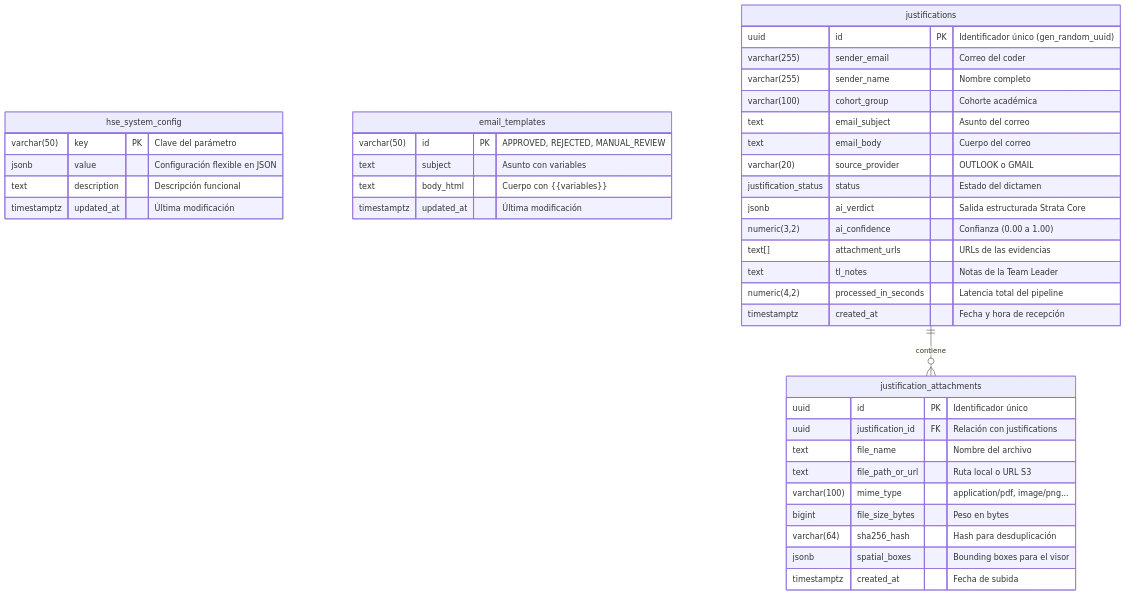
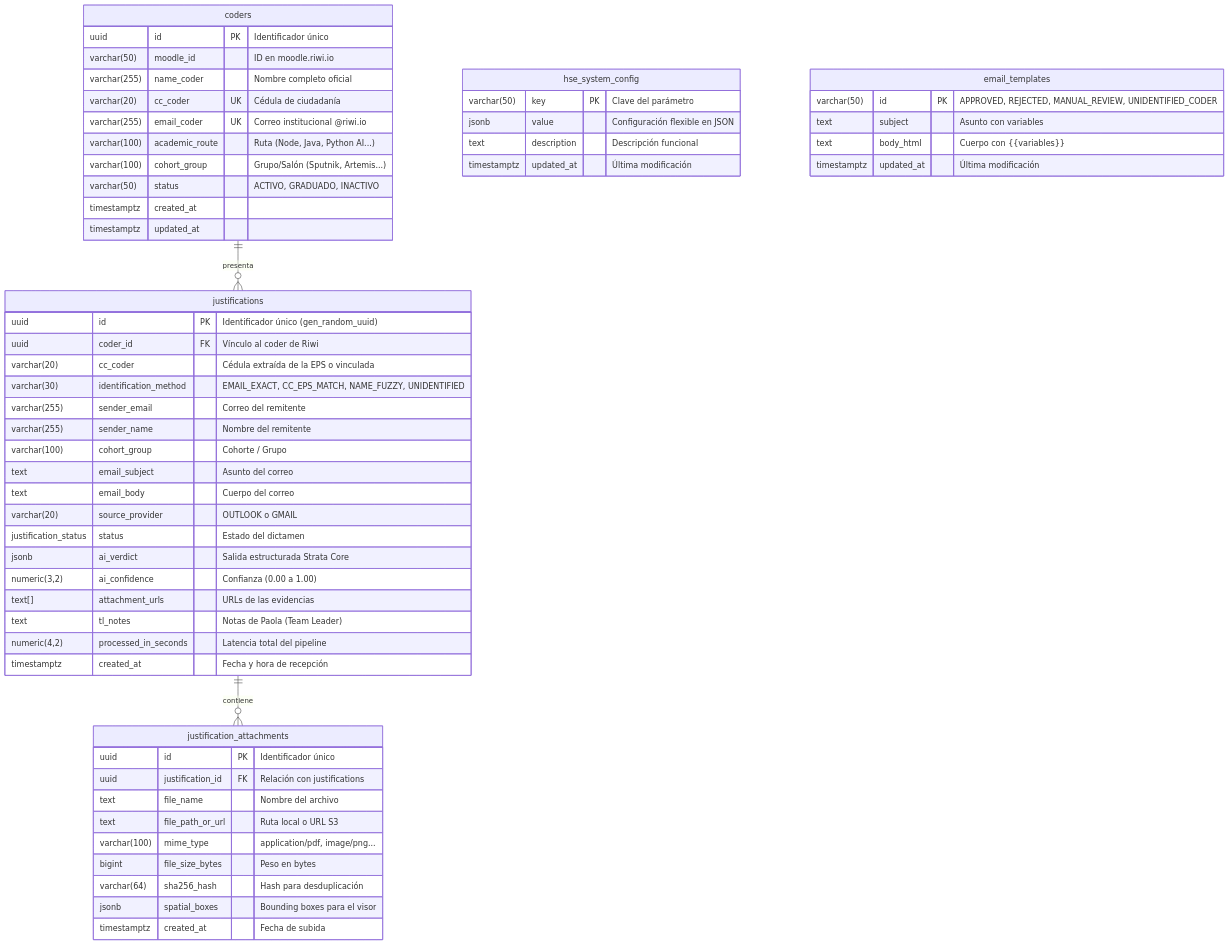
Before and after one commit to estebanp26/Email-Automation: the diagram in database/README.md, drawn with Mermaid. The commit also changed other lines of this file and 2 other files, not shown here.

First line of the commit message:
feat(db): add Riwi coders directory, cc_coder and multi-attribute identity resolution

````diff
--- a/database/README.md
+++ b/database/README.md
@@ -11,47 +12,64 @@
 ```mermaid
 erDiagram
+    coders {
+        uuid id PK "Identificador único"
+        varchar(50) moodle_id "ID en moodle.riwi.io"
+        varchar(255) name_coder "Nombre completo oficial"
+        varchar(20) cc_coder UK "Cédula de ciudadanía"
+        varchar(255) email_coder UK "Correo institucional @riwi.io"
+        varchar(100) academic_route "Ruta (Node, Java, Python AI...)"
+        varchar(100) cohort_group "Grupo/Salón (Sputnik, Artemis...)"
+        varchar(50) status "ACTIVO, GRADUADO, INACTIVO"
+        timestamptz created_at
+        timestamptz updated_at
+    }
+
     hse_system_config {
         varchar(50) key PK "Clave del parámetro"
         jsonb value "Configuración flexible en JSON"
         text description "Descripción funcional"
         timestamptz updated_at "Última modificación"
     }
 
     email_templates {
-        varchar(50) id PK "APPROVED, REJECTED, MANUAL_REVIEW"
+        varchar(50) id PK "APPROVED, REJECTED, MANUAL_REVIEW, UNIDENTIFIED_CODER"
         text subject "Asunto con variables"
         text body_html "Cuerpo con {{variables}}"
         timestamptz updated_at "Última modificación"
     }
 
     justifications {
         uuid id PK "Identificador único (gen_random_uuid)"
-        varchar(255) sender_email "Correo del coder"
-        varchar(255) sender_name "Nombre completo"
-        varchar(100) cohort_group "Cohorte académica"
+        uuid coder_id FK "Vínculo al coder de Riwi"
+        varchar(20) cc_coder "Cédula extraída de la EPS o vinculada"
+        varchar(30) identification_method "EMAIL_EXACT, CC_EPS_MATCH, NAME_FUZZY, UNIDENTIFIED"
+        varchar(255) sender_email "Correo del remitente"
+        varchar(255) sender_name "Nombre del remitente"
+        varchar(100) cohort_group "Cohorte / Grupo"
         text email_subject "Asunto del correo"
         text email_body "Cuerpo del correo"
         varchar(20) source_provider "OUTLOOK o GMAIL"
         justification_status status "Estado del dictamen"
         jsonb ai_verdict "Salida estructurada Strata Core"
         numeric(3,2) ai_confidence "Confianza (0.00 a 1.00)"
         text[] attachment_urls "URLs de las evidencias"
-        text tl_notes "Notas de la Team Leader"
+        text tl_notes "Notas de Paola (Team Leader)"
         numeric(4,2) processed_in_seconds "Latencia total del pipeline"
         timestamptz created_at "Fecha y hora de recepción"
     }
 
     justification_attachments {
         uuid id PK "Identificador único"
         uuid justification_id FK "Relación con justifications"
         text file_name "Nombre del archivo"
         text file_path_or_url "Ruta local o URL S3"
         varchar(100) mime_type "application/pdf, image/png..."
         bigint file_size_bytes "Peso en bytes"
         varchar(64) sha256_hash "Hash para desduplicación"
         jsonb spatial_boxes "Bounding boxes para el visor"
         timestamptz created_at "Fecha de subida"
     }
 
+    coders ||--o{ justifications : "presenta"
     justifications ||--o{ justification_attachments : "contiene"
 ```
````
